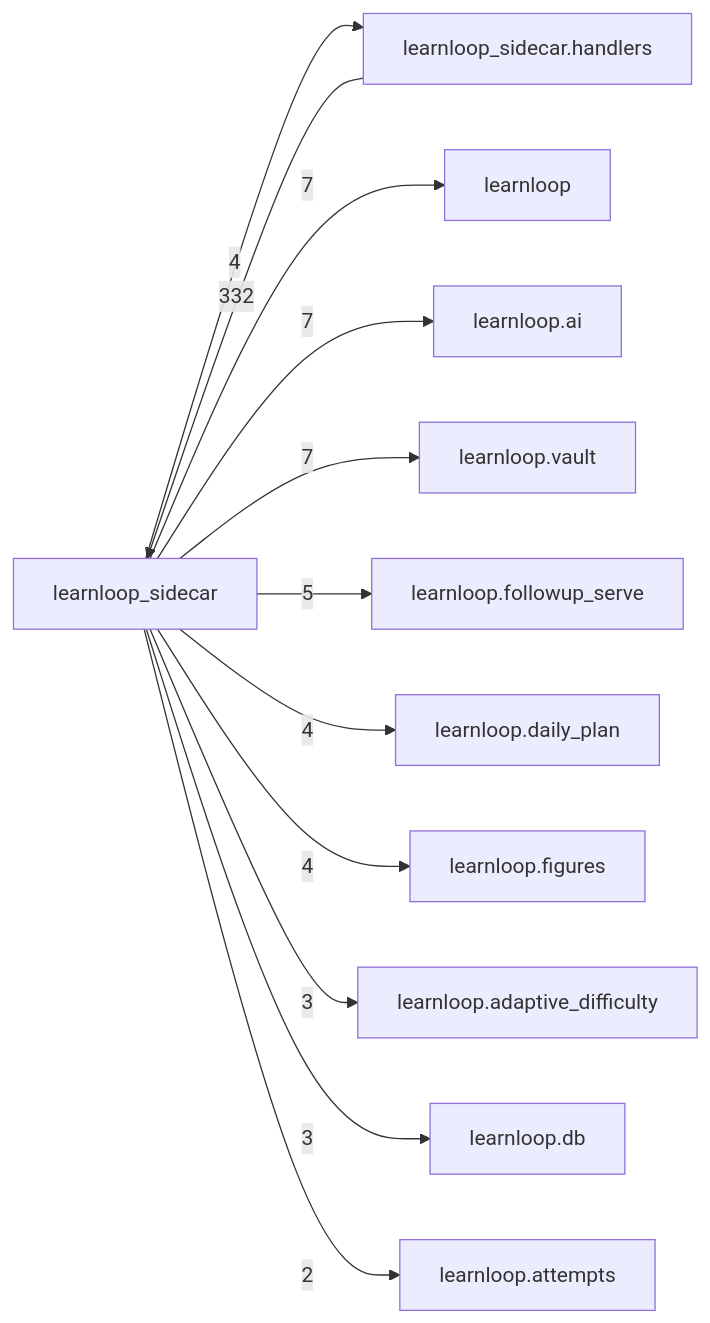
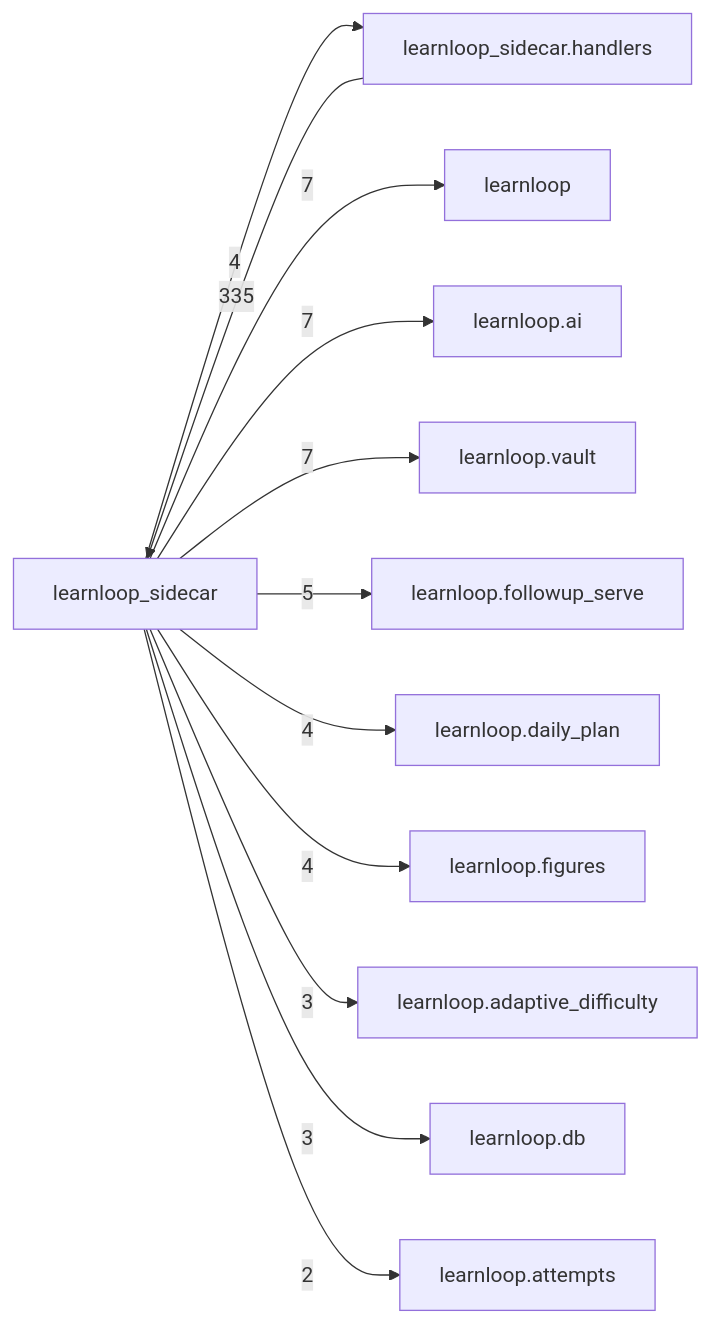
The diagram in docs/learnloop-architecture-vault/Reference/Modules/learnloop_sidecar/_package.md (6up-b/learnanything), drawn with Mermaid before and after one commit. The commit also changed other lines of this file and 29 other files, not shown here.

````diff
--- a/docs/learnloop-architecture-vault/Reference/Modules/learnloop_sidecar/_package.md
+++ b/docs/learnloop-architecture-vault/Reference/Modules/learnloop_sidecar/_package.md
@@ -125,25 +125,25 @@
 ```mermaid
 flowchart LR
     center["learnloop_sidecar"]
     n_learnloop_sidecar_handlers["learnloop_sidecar.handlers"]
     n_learnloop["learnloop"]
     n_learnloop_ai["learnloop.ai"]
     n_learnloop_vault["learnloop.vault"]
     n_learnloop_followup_serve["learnloop.followup_serve"]
     n_learnloop_daily_plan["learnloop.daily_plan"]
     n_learnloop_figures["learnloop.figures"]
     n_learnloop_adaptive_difficulty["learnloop.adaptive_difficulty"]
     n_learnloop_db["learnloop.db"]
     n_learnloop_attempts["learnloop.attempts"]
-    n_learnloop_sidecar_handlers -->|332| center
+    n_learnloop_sidecar_handlers -->|335| center
     center -->|4| n_learnloop_sidecar_handlers
     center -->|7| n_learnloop
     center -->|7| n_learnloop_ai
     center -->|7| n_learnloop_vault
     center -->|5| n_learnloop_followup_serve
     center -->|4| n_learnloop_daily_plan
     center -->|4| n_learnloop_figures
     center -->|3| n_learnloop_adaptive_difficulty
     center -->|3| n_learnloop_db
     center -->|2| n_learnloop_attempts
 ```
````
